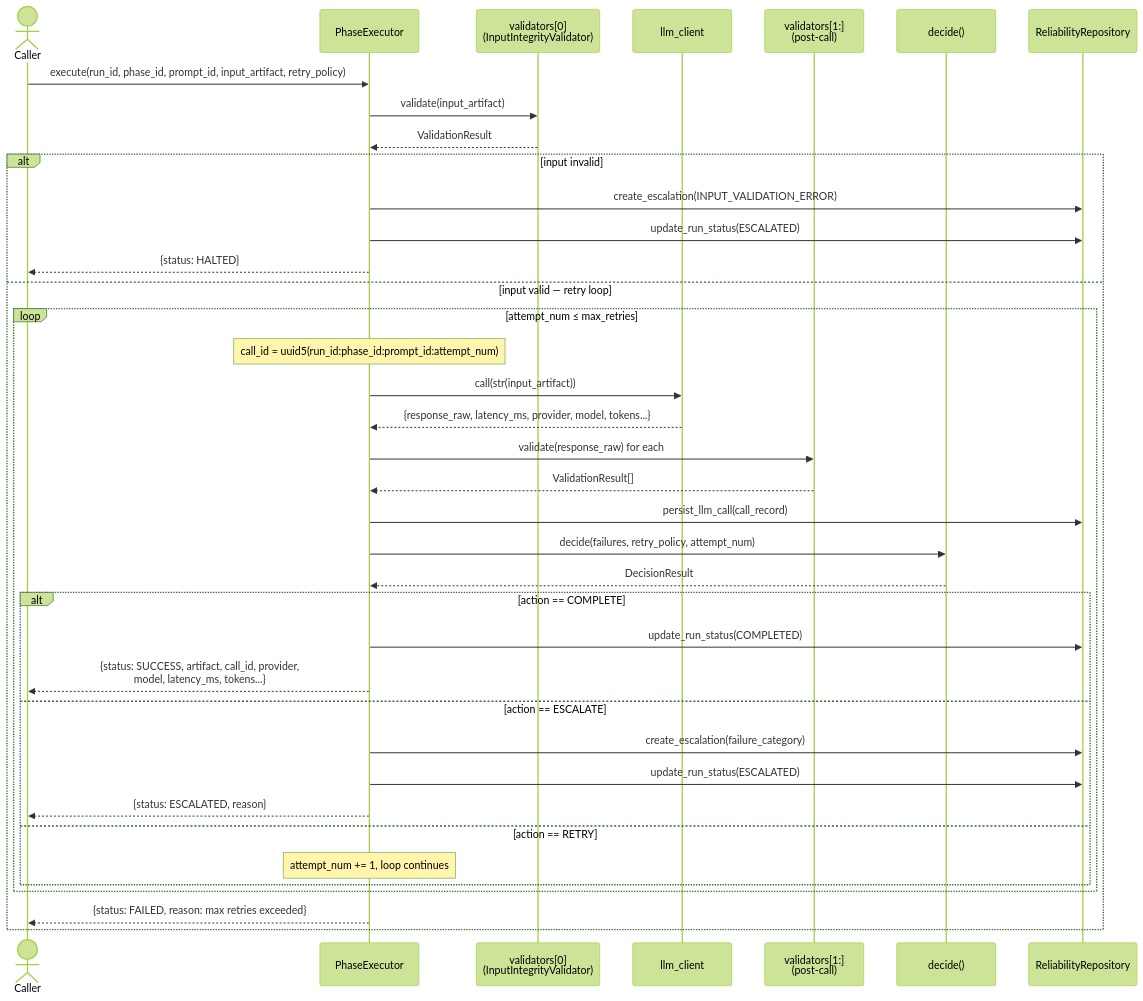
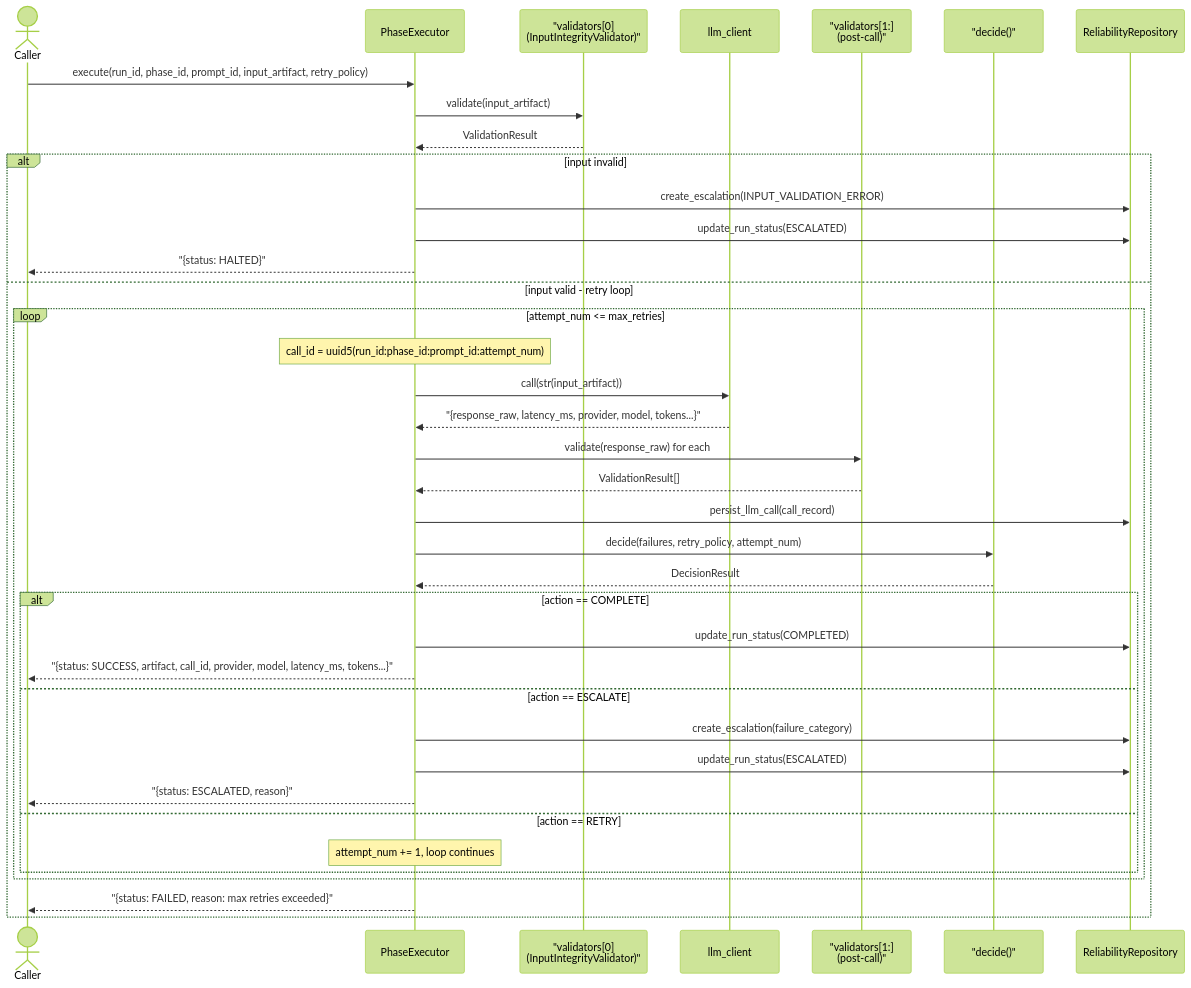
The third of 5 diagrams in docs/diagrams.md (ngallodev-software/ai-reliability-fw), drawn with Mermaid (forest theme) before and after one commit. The commit also changed other lines of this file and 3 other files, not shown here.

````diff
--- a/docs/diagrams.md
+++ b/docs/diagrams.md
@@ -208,48 +209,48 @@
 ```mermaid
 sequenceDiagram
     actor Caller
     participant PE as PhaseExecutor
-    participant V0 as validators[0]<br/>(InputIntegrityValidator)
+    participant V0 as "validators[0]<br/>(InputIntegrityValidator)"
     participant LLM as llm_client
-    participant Vn as validators[1:]<br/>(post-call)
-    participant DE as decide()
+    participant Vn as "validators[1:]<br/>(post-call)"
+    participant DE as "decide()"
     participant DB as ReliabilityRepository
 
     Caller->>PE: execute(run_id, phase_id, prompt_id, input_artifact, retry_policy)
 
     PE->>V0: validate(input_artifact)
     V0-->>PE: ValidationResult
 
     alt input invalid
         PE->>DB: create_escalation(INPUT_VALIDATION_ERROR)
         PE->>DB: update_run_status(ESCALATED)
-        PE-->>Caller: {status: HALTED}
-    else input valid — retry loop
-        loop attempt_num ≤ max_retries
+        PE-->>Caller: "{status: HALTED}"
+    else input valid - retry loop
+        loop attempt_num <= max_retries
             Note over PE: call_id = uuid5(run_id:phase_id:prompt_id:attempt_num)
             PE->>LLM: call(str(input_artifact))
-            LLM-->>PE: {response_raw, latency_ms, provider, model, tokens...}
+            LLM-->>PE: "{response_raw, latency_ms, provider, model, tokens...}"
 
             PE->>Vn: validate(response_raw) for each
             Vn-->>PE: ValidationResult[]
 
             PE->>DB: persist_llm_call(call_record)
 
             PE->>DE: decide(failures, retry_policy, attempt_num)
             DE-->>PE: DecisionResult
 
             alt action == COMPLETE
                 PE->>DB: update_run_status(COMPLETED)
-                PE-->>Caller: {status: SUCCESS, artifact, call_id, provider,<br/>model, latency_ms, tokens...}
+                PE-->>Caller: "{status: SUCCESS, artifact, call_id, provider, model, latency_ms, tokens...}"
             else action == ESCALATE
                 PE->>DB: create_escalation(failure_category)
                 PE->>DB: update_run_status(ESCALATED)
-                PE-->>Caller: {status: ESCALATED, reason}
+                PE-->>Caller: "{status: ESCALATED, reason}"
             else action == RETRY
                 Note over PE: attempt_num += 1, loop continues
             end
         end
 
-        PE-->>Caller: {status: FAILED, reason: max retries exceeded}
+        PE-->>Caller: "{status: FAILED, reason: max retries exceeded}"
     end
 ```
````
